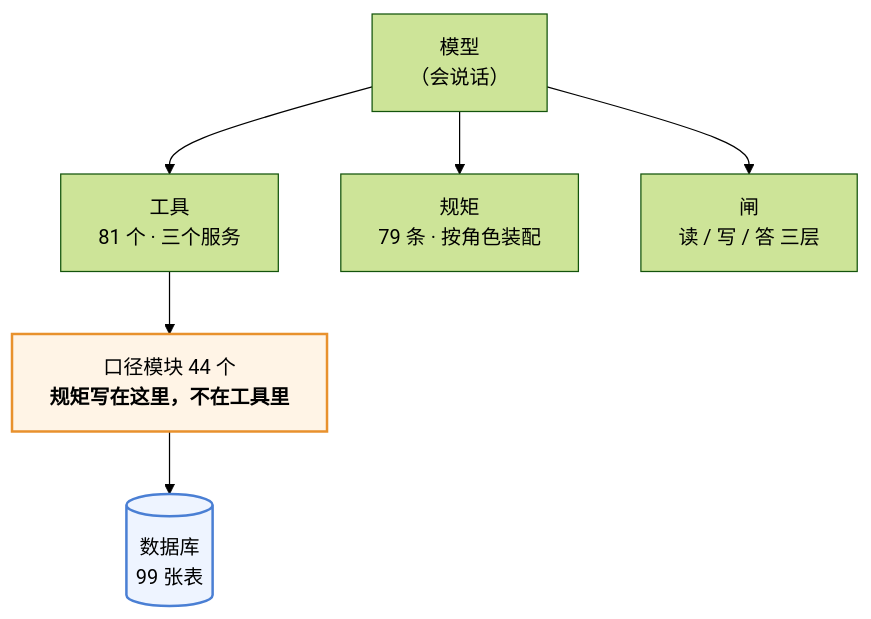
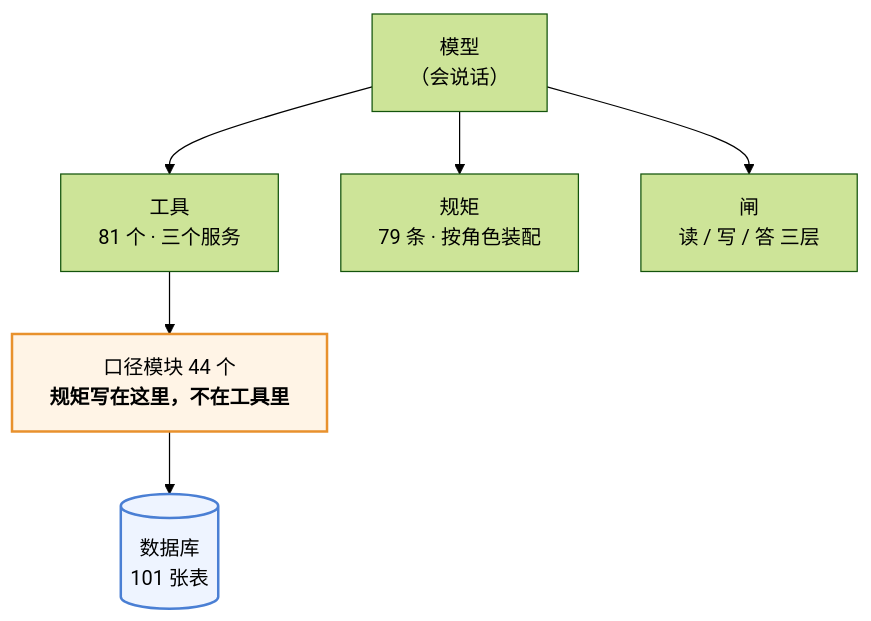
Before and after one commit to 843773296-rgb/lanxiu-yunshang-agent: the first of 3 diagrams in 澜绣云裳agent-产品说明.md, drawn with Mermaid (forest theme). The commit also changed other lines of this file and 18 other files, not shown here.

````diff
--- a/澜绣云裳agent-产品说明.md
+++ b/澜绣云裳agent-产品说明.md
@@ -62,12 +62,12 @@
 ```mermaid
 flowchart TD
     M["模型<br/>（会说话）"]
     M --> T["工具<br/>81 个 · 三个服务"]
     M --> R["规矩<br/>79 条 · 按角色装配"]
     M --> G["闸<br/>读 / 写 / 答 三层"]
     T --> K["口径模块 44 个<br/><b>规矩写在这里，不在工具里</b>"]
-    K --> DB[("数据库<br/>99 张表")]
+    K --> DB[("数据库<br/>101 张表")]
 
     style K fill:#fff4e6,stroke:#e8912d,stroke-width:2px
     style DB fill:#eef4ff,stroke:#4a7fd4,stroke-width:2px
 ```
````
